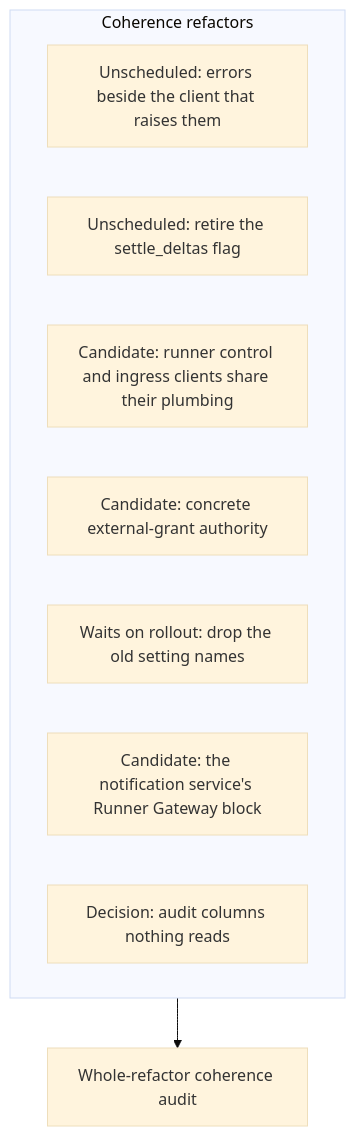
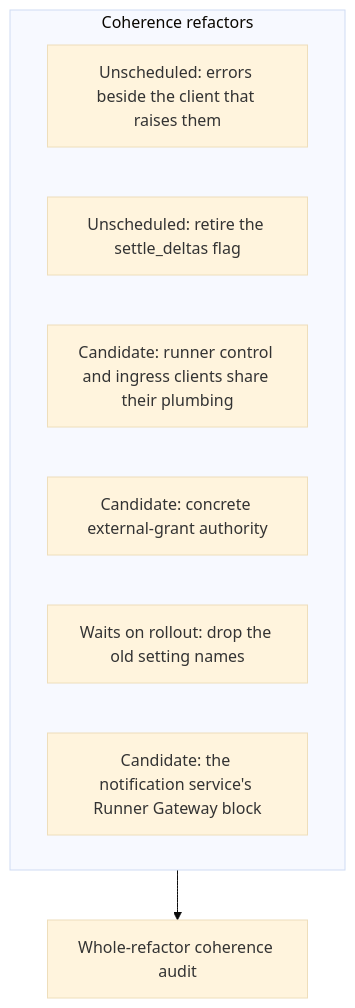
One commit to agentydragon-agent/ducktape changed diagram 14 of 14 in agentplane/plans/task_dag.md. Above: the diagram before and after it, drawn with Mermaid (base theme). The commit also changed other lines of this file and 16 other files, not shown here.

First line of the commit message:
agentplane: drop write-only audit columns (#10137)

````diff
--- a/agentplane/plans/task_dag.md
+++ b/agentplane/plans/task_dag.md
@@ -915,13 +915,12 @@
 ```mermaid
 flowchart TD
     subgraph COHERENCE_REFACTORS[Coherence refactors]
         RUNNER_ERRORS_REHOME[Unscheduled: errors beside the client that raises them]
         SETTLE_DELTAS_ALWAYS_ON[Unscheduled: retire the settle_deltas flag]
         RUNNER_CORE_SPLIT[Candidate: runner control and ingress clients share their plumbing]
         ACTION_PROTOCOLS_CONCRETE[Candidate: concrete external-grant authority]
         SERVICE_SETTING_OLD_NAMES_DROP[Waits on rollout: drop the old setting names]
         NOTIFICATION_GATEWAY_SETTINGS[Candidate: the notification service's Runner Gateway block]
-        NOTIFICATION_WRITE_ONLY_COLUMNS[Decision: audit columns nothing reads]
     end
     COHERENCE_REFACTORS --> REFACTOR_COHERENCE_AUDIT[Whole-refactor coherence audit]
 ```
````
